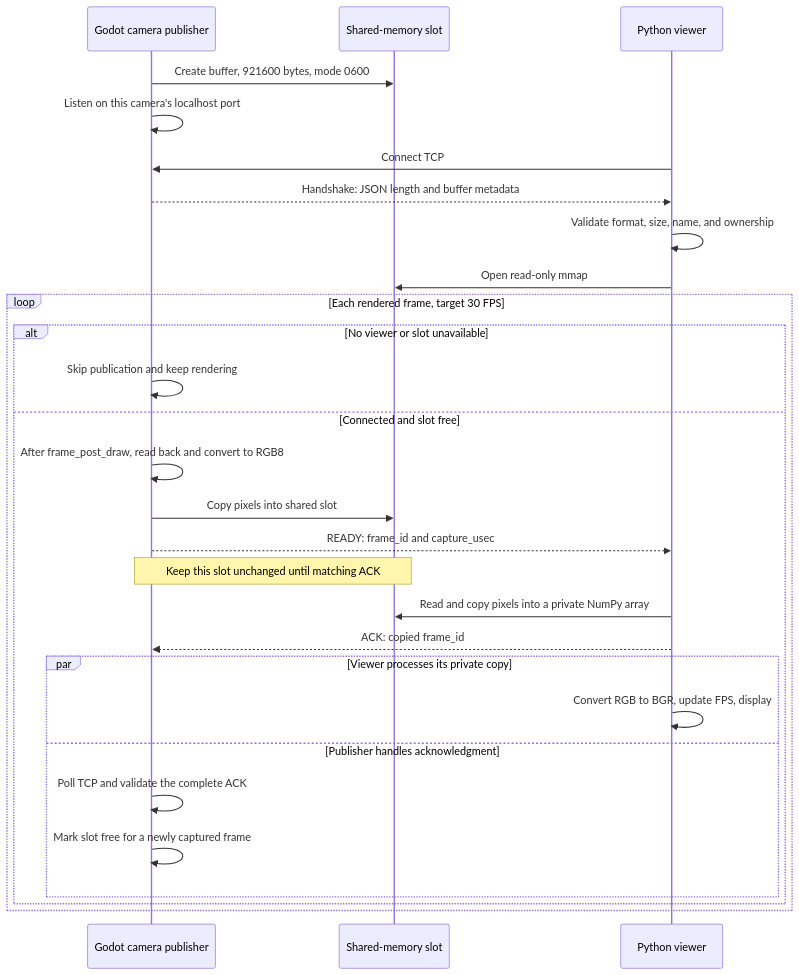
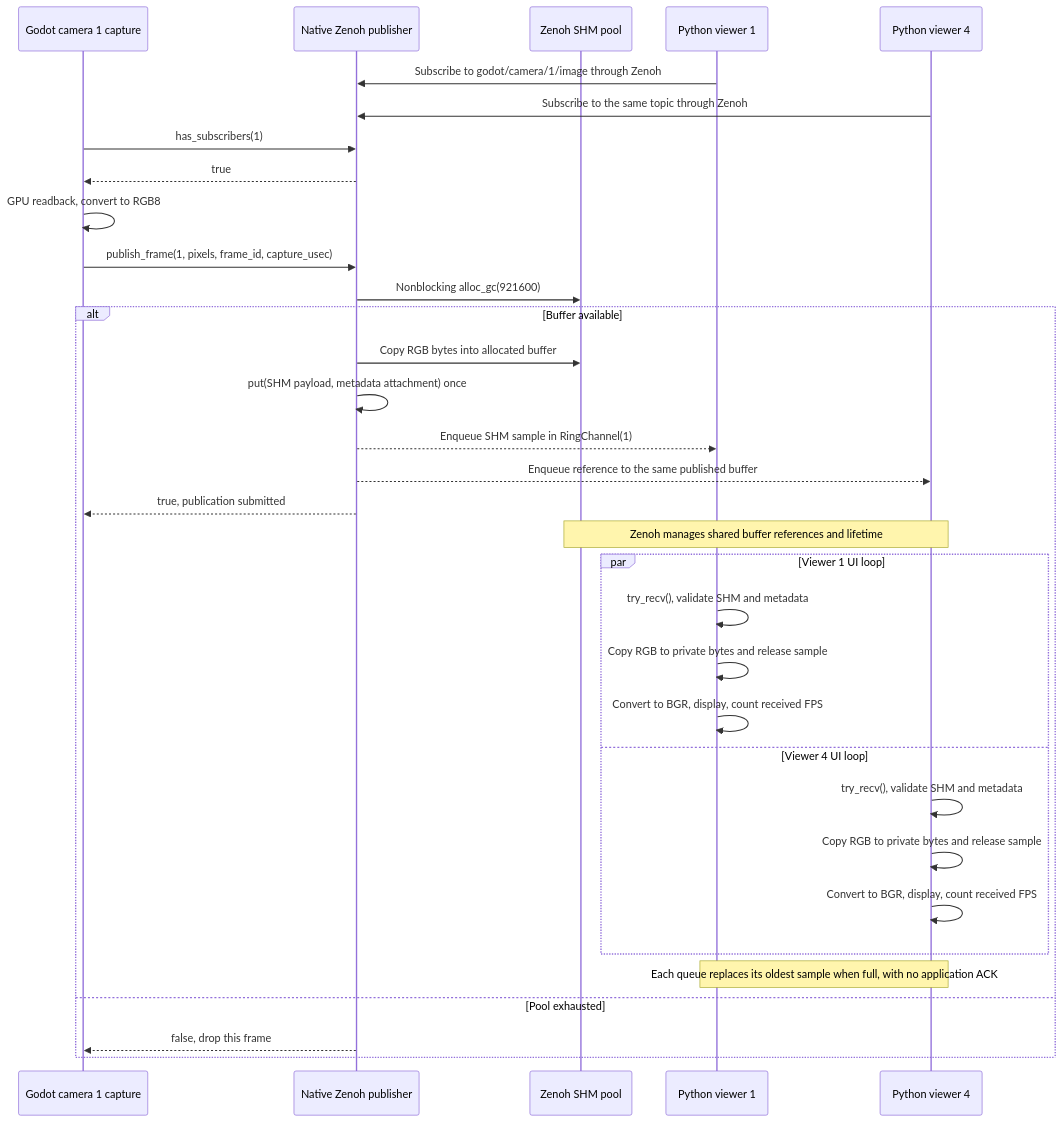
The second of 2 diagrams in README.md (robobe/godot_camera_publish), drawn with Mermaid before and after one commit. The commit also changed other lines of this file and 14 other files, not shown here.

Commit message:
Publish Godot camera images through Zenoh shared memory

````diff
--- a/README.md
+++ b/README.md
@@ -130,32 +85,35 @@
 ```mermaid
 sequenceDiagram
-    participant G as Godot camera publisher
-    participant M as Shared-memory slot
-    participant V as Python viewer
-
-    G->>M: Create buffer, 921600 bytes, mode 0600
-    G->>G: Listen on this camera's localhost port
-    V->>G: Connect TCP
-    G-->>V: Handshake: JSON length and buffer metadata
-    V->>V: Validate format, size, name, and ownership
-    V->>M: Open read-only mmap
-
-    loop Each rendered frame, target 30 FPS
-        alt No viewer or slot unavailable
-            G->>G: Skip publication and keep rendering
-        else Connected and slot free
-            G->>G: After frame_post_draw, read back and convert to RGB8
-            G->>M: Copy pixels into shared slot
-            G-->>V: READY: frame_id and capture_usec
-            Note over G,M: Keep this slot unchanged until matching ACK
-            V->>M: Read and copy pixels into a private NumPy array
-            V-->>G: ACK: copied frame_id
-            par Viewer processes its private copy
-                V->>V: Convert RGB to BGR, update FPS, display
-            and Publisher handles acknowledgment
-                G->>G: Poll TCP and validate the complete ACK
-                G->>G: Mark slot free for a newly captured frame
-            end
+    participant G as Godot camera 1 capture
+    participant N as Native Zenoh publisher
+    participant M as Zenoh SHM pool
+    participant V1 as Python viewer 1
+    participant V4 as Python viewer 4
+    V1->>N: Subscribe to godot/camera/1/image through Zenoh
+    V4->>N: Subscribe to the same topic through Zenoh
+    G->>N: has_subscribers(1)
+    N-->>G: true
+    G->>G: GPU readback, convert to RGB8
+    G->>N: publish_frame(1, pixels, frame_id, capture_usec)
+    N->>M: Nonblocking alloc_gc(921600)
+    alt Buffer available
+        N->>M: Copy RGB bytes into allocated buffer
+        N->>N: put(SHM payload, metadata attachment) once
+        N-->>V1: Enqueue SHM sample in RingChannel(1)
+        N-->>V4: Enqueue reference to the same published buffer
+        N-->>G: true, publication submitted
+        Note over M,V4: Zenoh manages shared buffer references and lifetime
+        par Viewer 1 UI loop
+            V1->>V1: try_recv(), validate SHM and metadata
+            V1->>V1: Copy RGB to private bytes and release sample
+            V1->>V1: Convert to BGR, display, count received FPS
+        and Viewer 4 UI loop
+            V4->>V4: try_recv(), validate SHM and metadata
+            V4->>V4: Copy RGB to private bytes and release sample
+            V4->>V4: Convert to BGR, display, count received FPS
         end
+        Note over V1,V4: Each queue replaces its oldest sample when full, with no application ACK
+    else Pool exhausted
+        N-->>G: false, drop this frame
     end
 ```
````
